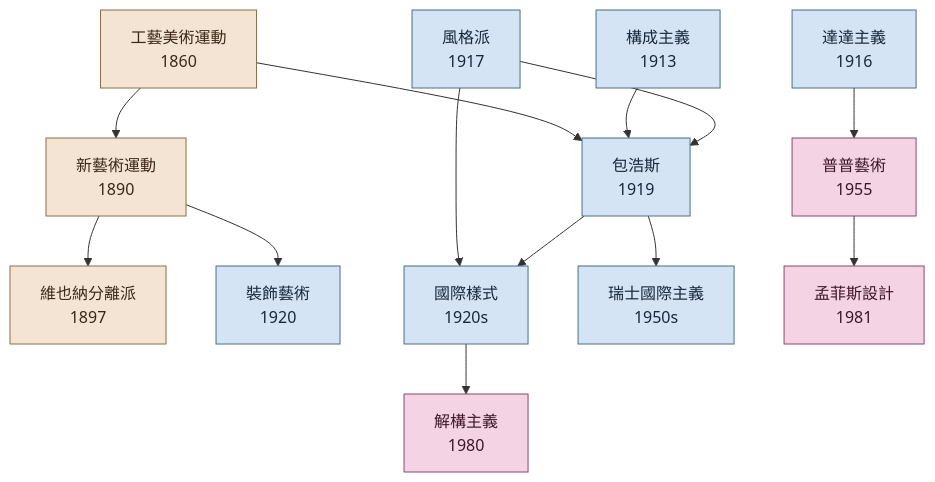
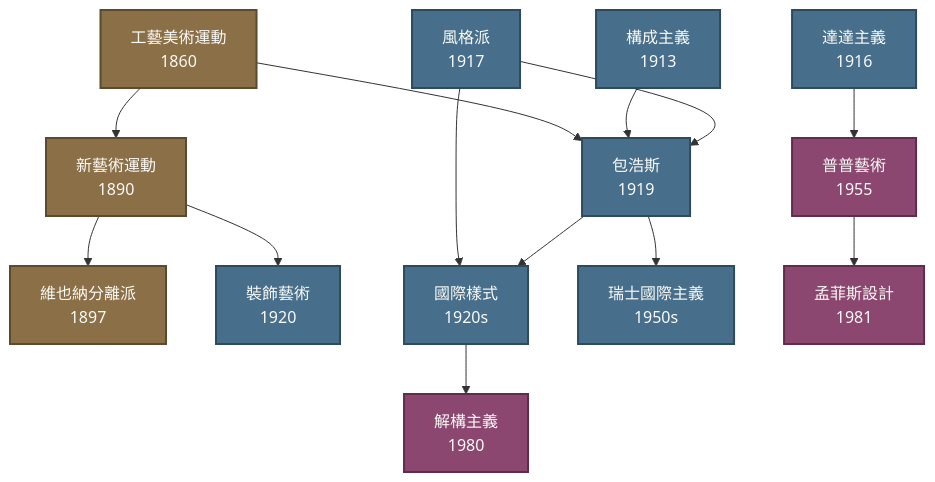
Before and after one commit to davidsmith9-sudo/design-history: the diagram in content/index.md, drawn with Mermaid. The commit also changed 1 other file, not shown here.

Commit message:
fix: 流派影響譜系 Mermaid 在深色模式下文字不可讀
原本 classDef 用淺色粉彩 fill(#f4e4d4 等)配深色文字,但 Quartz 在
深色模式套用 Mermaid 自家深色主題後,文字被改成白色 → 白字配淺粉色
完全看不到。

兩處修法:
- index.md flowchart classDef 改成深褐/深藍/深紫 fill + #fafaf7 米白
  文字,兩個主題都讀得到
- custom.scss 加 Mermaid 文字對比安全網:對三個 classDef class 強制
  指定淺色文字,並確保其他 mermaid 元素(edge label、cluster、title)
  至少跟著主題的 --dark 走

````diff
--- a/content/index.md
+++ b/content/index.md
@@ -36,37 +36,37 @@
 ```mermaid
 flowchart TD
     AC["工藝美術運動<br/>1860"]
     AN["新藝術運動<br/>1890"]
     VS["維也納分離派<br/>1897"]
     CO["構成主義<br/>1913"]
     DD["達達主義<br/>1916"]
     DS["風格派<br/>1917"]
     BH["包浩斯<br/>1919"]
     AD["裝飾藝術<br/>1920"]
     IS["國際樣式<br/>1920s"]
     SI["瑞士國際主義<br/>1950s"]
     PA["普普藝術<br/>1955"]
     DE["解構主義<br/>1980"]
     ME["孟菲斯設計<br/>1981"]
 
     AC --> AN
     AC --> BH
     AN --> VS
     AN --> AD
     CO --> BH
     DD --> PA
     DS --> BH
     DS --> IS
     BH --> IS
     BH --> SI
     IS --> DE
     PA --> ME
 
-    classDef pre fill:#f4e4d4,stroke:#8b6f47,color:#3d2817
-    classDef mod fill:#d4e4f4,stroke:#476f8b,color:#17283d
-    classDef pomo fill:#f4d4e4,stroke:#8b476f,color:#3d1728
+    classDef pre fill:#8b6f47,stroke:#5a4a2f,color:#fafaf7,stroke-width:2px
+    classDef mod fill:#476f8b,stroke:#2d4a5f,color:#fafaf7,stroke-width:2px
+    classDef pomo fill:#8b476f,stroke:#5f2d4a,color:#fafaf7,stroke-width:2px
 
     class AC,AN,VS pre
     class CO,DD,DS,BH,AD,IS,SI mod
     class PA,DE,ME pomo
 ```
````
